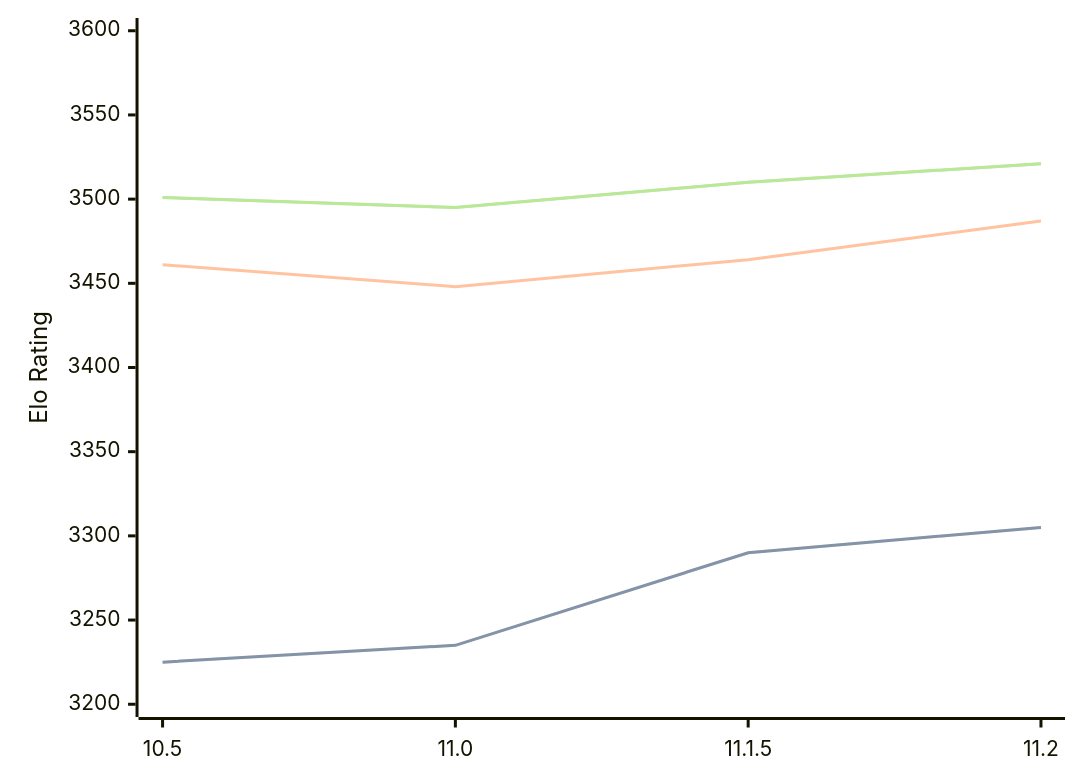
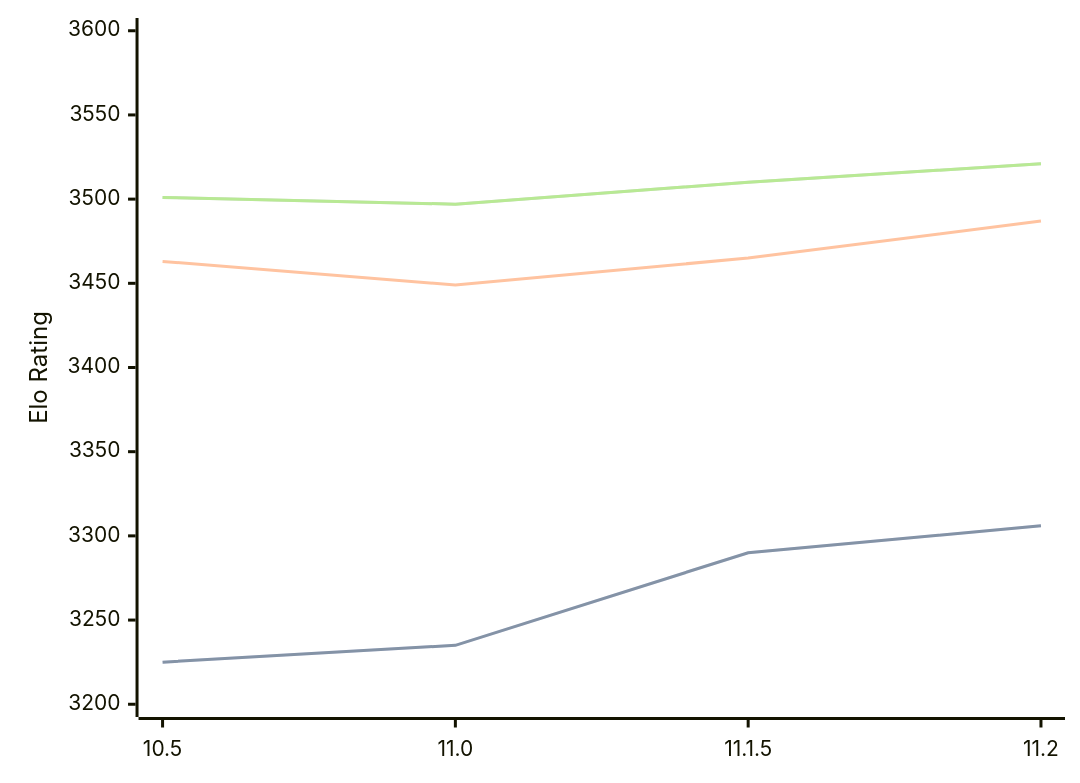
Before and after one commit to computer-chess-index/cci: the diagram in engines/Lizard.md, drawn with Mermaid. The commit also changed other lines of this file, not shown here.

Commit message:
Update CCI Ratings (ELO VLTC) - 2026-09-08

````diff
--- a/engines/Lizard.md
+++ b/engines/Lizard.md
@@ -34,11 +34,11 @@
 ```mermaid
 %%{init: {"theme":"base","themeVariables":{"seriesColors:['#a3a3a3','#222221','#faa371']}}}%%
 xychart-beta
   x-axis ["10.5", "11.0", "11.1.5", "11.2"]
   y-axis "Elo Rating" 3200 --> 3600
-  line "" [3225, 3235, 3290, 3305]
-  line "STC (8.0+0.08s)" [3225, 3235, 3290, 3305]
-  line "LTC (60.0+0.60s)" [3461, 3448, 3464, 3487]
-  line "" [3501, 3495, 3510, 3521]
-  line "VLTC (2m24s+1.12s)" [3501, 3495, 3510, 3521]
+  line "" [3225, 3235, 3290, 3306]
+  line "STC (8.0+0.08s)" [3225, 3235, 3290, 3306]
+  line "LTC (60.0+0.60s)" [3463, 3449, 3465, 3487]
+  line "" [3501, 3497, 3510, 3521]
+  line "VLTC (2m24s+1.12s)" [3501, 3497, 3510, 3521]
 ```
````
